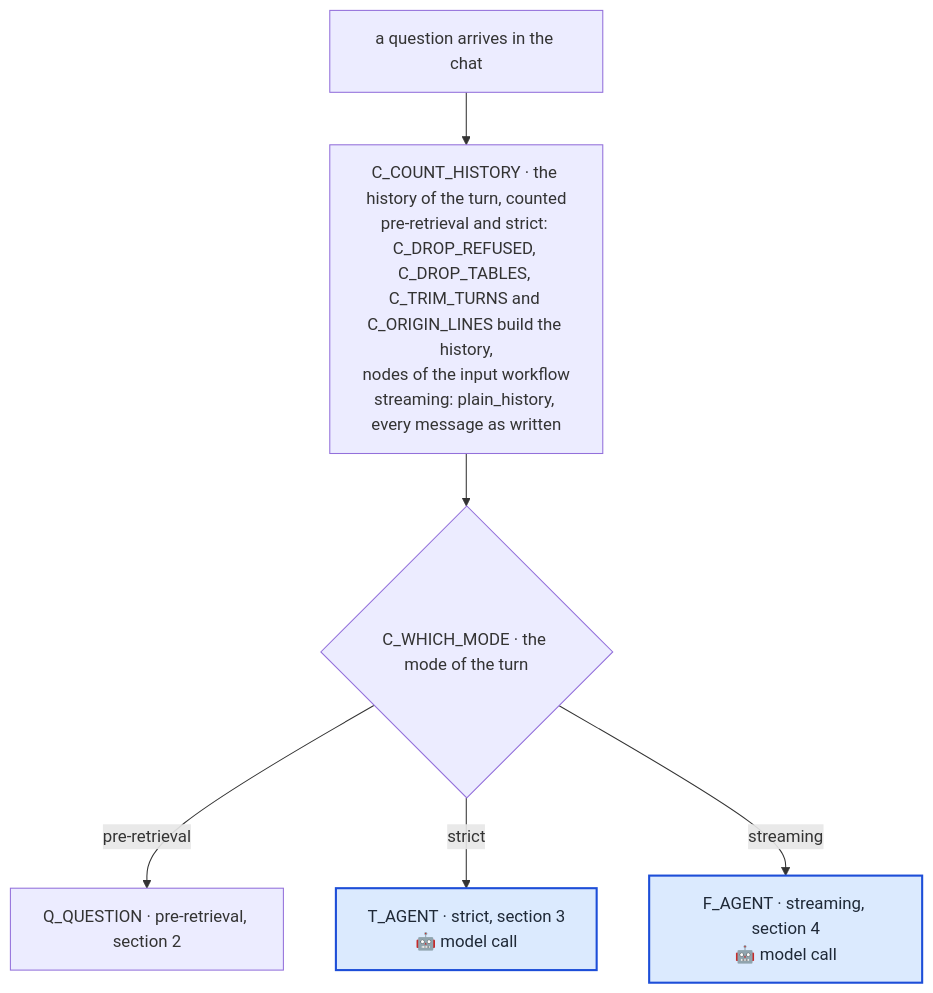
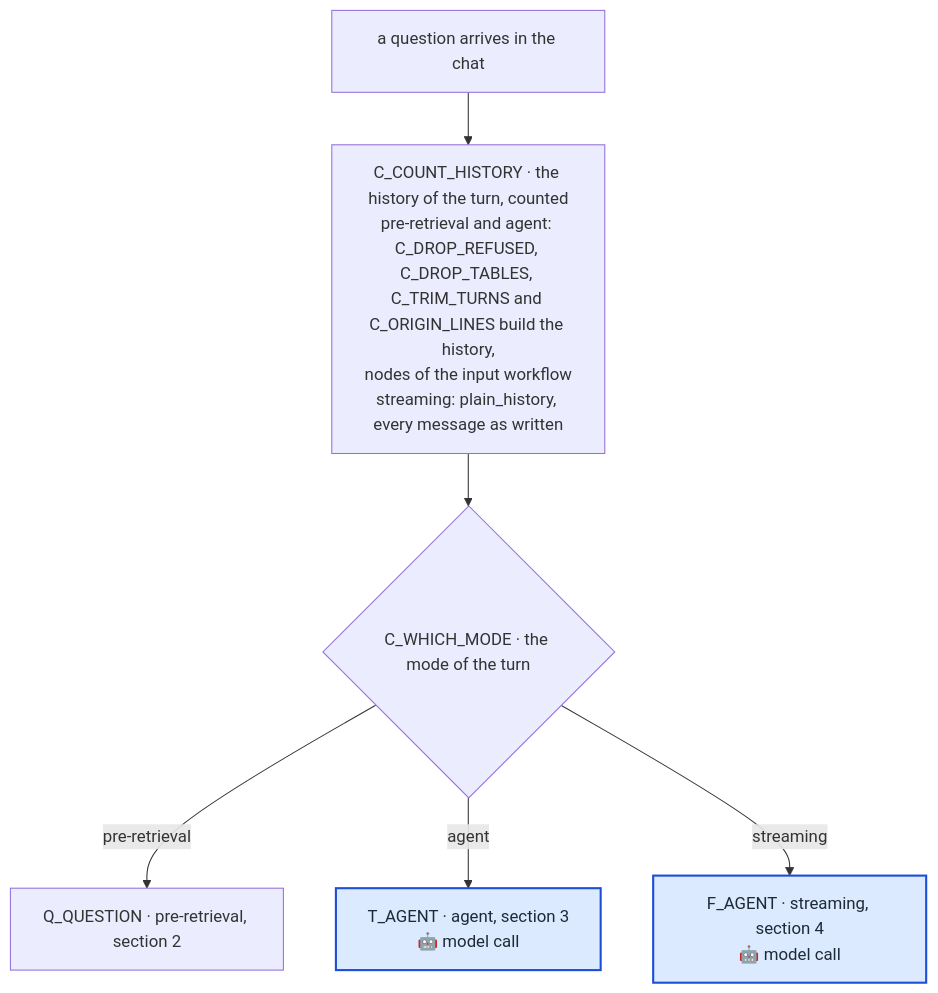
Before and after one commit to Clod/llmwiki-marimo: the first of 2 diagrams in docs/query_nodes.md, drawn with Mermaid. The commit also changed other lines of this file and 47 other files, not shown here.

First line of the commit message:
refactor: the mode «Agent with evidence check» is named agent in the code

````diff
--- a/docs/query_nodes.md
+++ b/docs/query_nodes.md
@@ -72,15 +72,15 @@
 ```mermaid
 flowchart TD
     START["a question arrives in the chat"]
-    C_COUNT_HISTORY["C_COUNT_HISTORY · the history of the turn, counted<br/>pre-retrieval and strict: C_DROP_REFUSED, C_DROP_TABLES, C_TRIM_TURNS and C_ORIGIN_LINES build the history,<br/>nodes of the input workflow<br/>streaming: plain_history, every message as written"]
+    C_COUNT_HISTORY["C_COUNT_HISTORY · the history of the turn, counted<br/>pre-retrieval and agent: C_DROP_REFUSED, C_DROP_TABLES, C_TRIM_TURNS and C_ORIGIN_LINES build the history,<br/>nodes of the input workflow<br/>streaming: plain_history, every message as written"]
     C_WHICH_MODE{"C_WHICH_MODE · the mode of the turn"}
     P["Q_QUESTION · pre-retrieval, section 2"]
-    S["T_AGENT · strict, section 3<br/>🤖 model call"]
+    S["T_AGENT · agent, section 3<br/>🤖 model call"]
     F["F_AGENT · streaming, section 4<br/>🤖 model call"]
     START --> C_COUNT_HISTORY --> C_WHICH_MODE
     C_WHICH_MODE -->|pre-retrieval| P
-    C_WHICH_MODE -->|strict| S
+    C_WHICH_MODE -->|agent| S
     C_WHICH_MODE -->|streaming| F
     classDef llm fill:#dbeafe,stroke:#1d4ed8,stroke-width:2px,color:#1f2937
     class S,F llm
 ```
````
